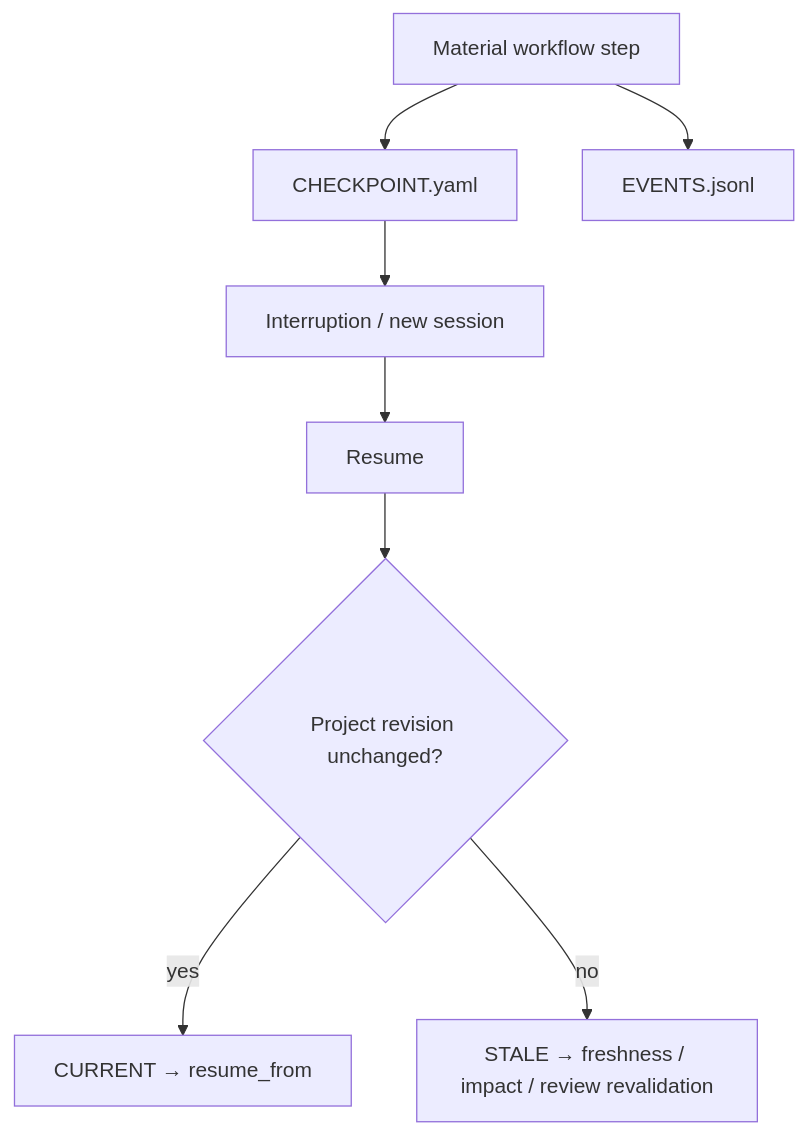
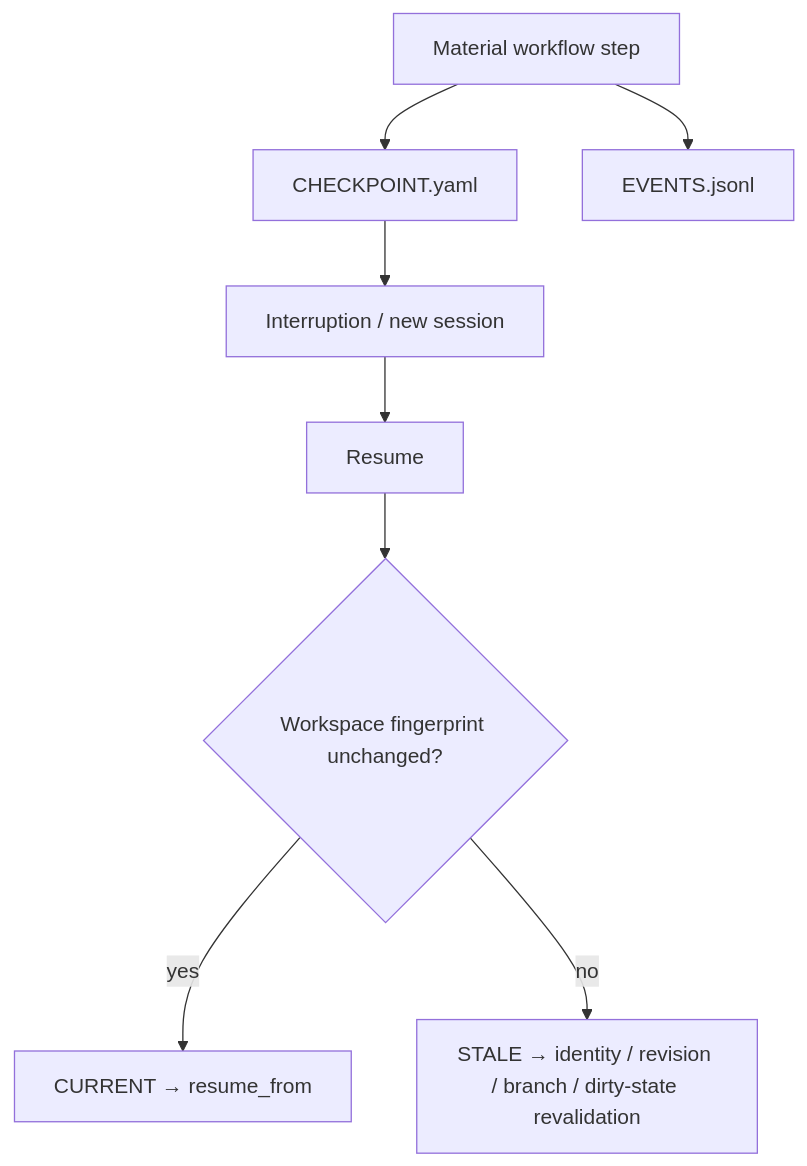
Before and after one commit to LucasLu3918/ai-product-system: diagram 22 of 24 in docs/ARCHITECTURE.md, drawn with Mermaid. The commit also changed other lines of this file, not shown here.

Commit message:
docs(architecture): add canonical identity flow

```diff
--- a/docs/ARCHITECTURE.md
+++ b/docs/ARCHITECTURE.md
@@ -528,10 +528,10 @@
 ~~~mermaid
 flowchart TD
     W[Material workflow step] --> CP[CHECKPOINT.yaml]
     W --> EV[EVENTS.jsonl]
     CP --> I[Interruption / new session]
     I --> R[Resume]
-    R --> V{Project revision unchanged?}
+    R --> V{Workspace fingerprint unchanged?}
     V -->|yes| C[CURRENT → resume_from]
-    V -->|no| S[STALE → freshness / impact / review revalidation]
+    V -->|no| S[STALE → identity / revision / branch / dirty-state revalidation]
 ~~~
```
